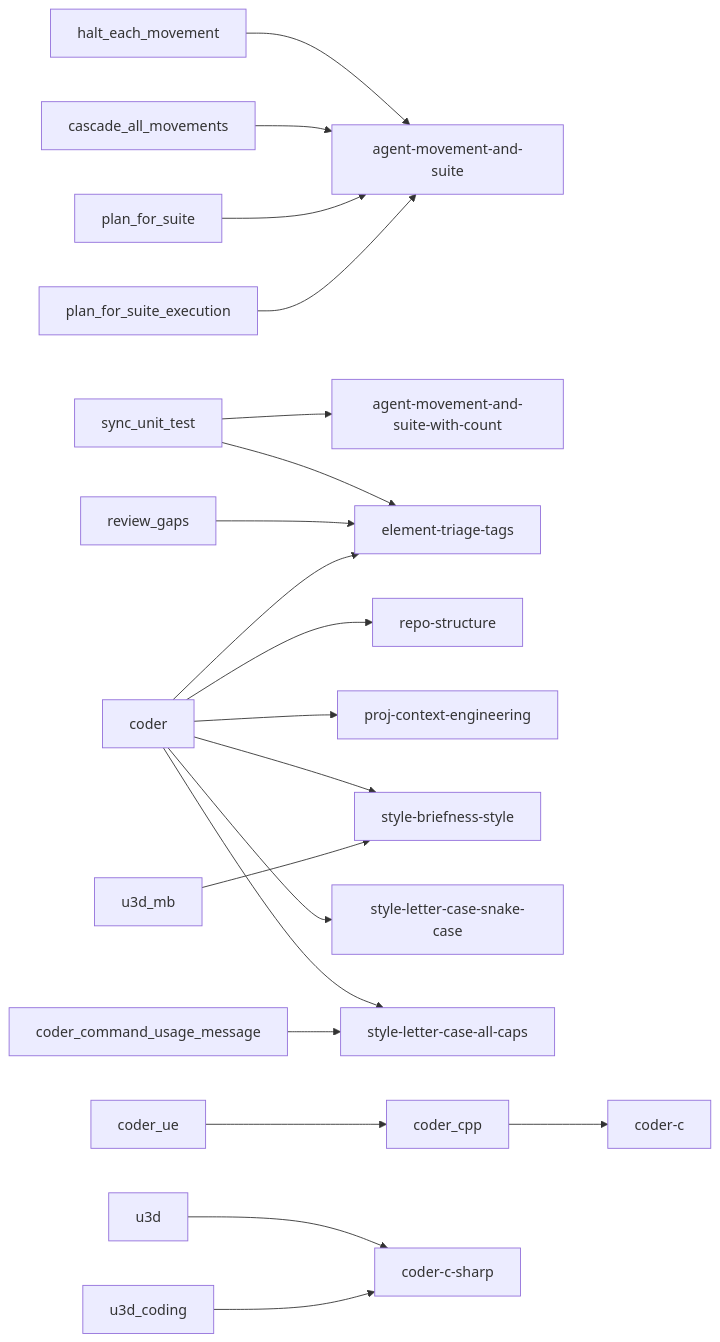
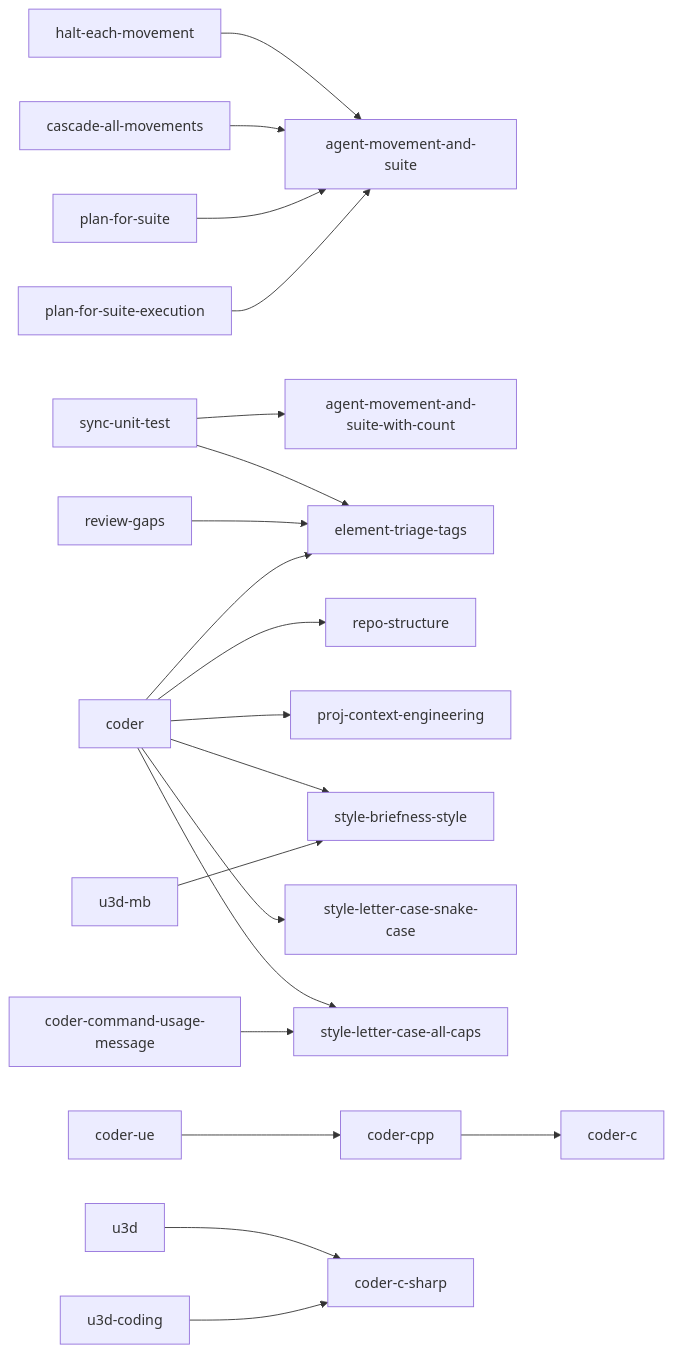
The first of 7 diagrams in docs/blueprint-doc.md (kami-lel/kaye-library), drawn with Mermaid before and after one commit. The commit also changed other lines of this file, not shown here.

First line of the commit message:
label bare graph nodes w/ hyphenated blueprint names

````diff
--- a/docs/blueprint-doc.md
+++ b/docs/blueprint-doc.md
@@ -11,22 +11,22 @@
 ```mermaid
 flowchart LR
-    halt_each_movement --> agent_movement_and_suite["agent-movement-and-suite"]
-    cascade_all_movements --> agent_movement_and_suite
-    plan_for_suite --> agent_movement_and_suite
-    plan_for_suite_execution --> agent_movement_and_suite
-    sync_unit_test --> agent_movement_and_suite_with_count["agent-movement-and-suite-with-count"]
+    halt_each_movement["halt-each-movement"] --> agent_movement_and_suite["agent-movement-and-suite"]
+    cascade_all_movements["cascade-all-movements"] --> agent_movement_and_suite
+    plan_for_suite["plan-for-suite"] --> agent_movement_and_suite
+    plan_for_suite_execution["plan-for-suite-execution"] --> agent_movement_and_suite
+    sync_unit_test["sync-unit-test"] --> agent_movement_and_suite_with_count["agent-movement-and-suite-with-count"]
     sync_unit_test --> element_triage_tags["element-triage-tags"]
-    review_gaps --> element_triage_tags
+    review_gaps["review-gaps"] --> element_triage_tags
     coder --> element_triage_tags
     coder --> repo_structure["repo-structure"]
     coder --> proj_context_engineering["proj-context-engineering"]
     coder --> style_briefness_style["style-briefness-style"]
     coder --> style_letter_case_snake_case["style-letter-case-snake-case"]
     coder --> style_letter_case_all_caps["style-letter-case-all-caps"]
-    coder_command_usage_message --> style_letter_case_all_caps
-    coder_cpp --> coder_c["coder-c"]
-    coder_ue --> coder_cpp
+    coder_command_usage_message["coder-command-usage-message"] --> style_letter_case_all_caps
+    coder_cpp["coder-cpp"] --> coder_c["coder-c"]
+    coder_ue["coder-ue"] --> coder_cpp
     u3d --> coder_c_sharp["coder-c-sharp"]
-    u3d_coding --> coder_c_sharp
-    u3d_mb --> style_briefness_style
+    u3d_coding["u3d-coding"] --> coder_c_sharp
+    u3d_mb["u3d-mb"] --> style_briefness_style
 ```
````
